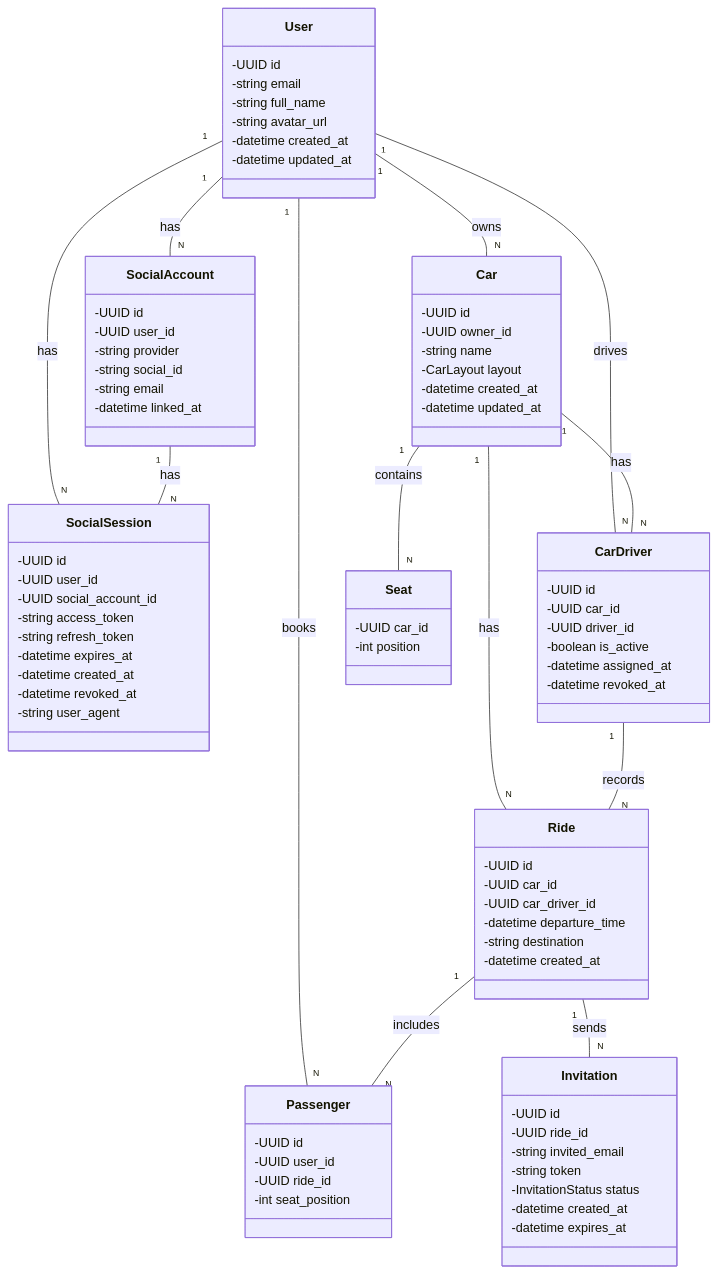
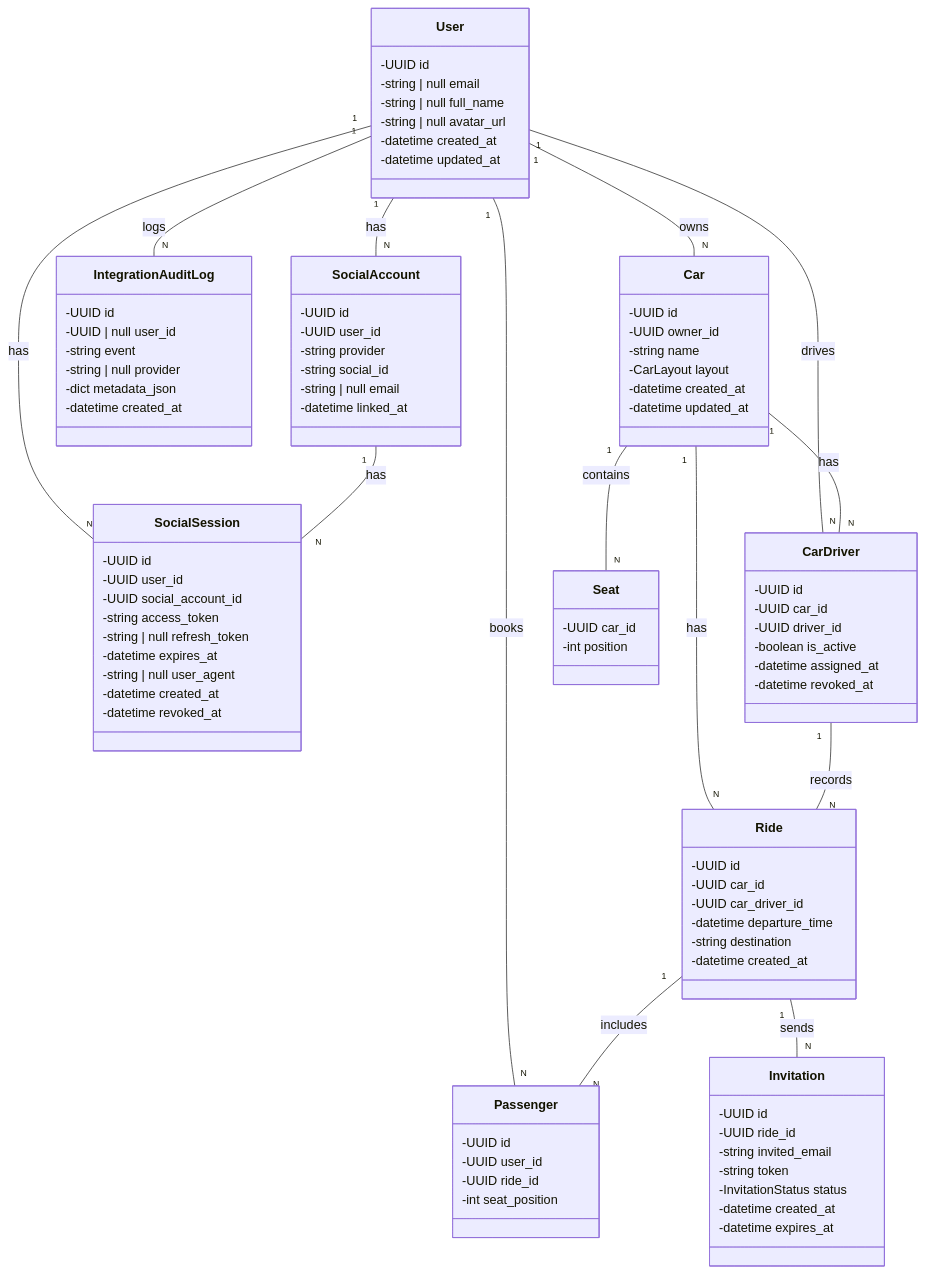
Before and after one commit to matthewjezek/Sitzy: the diagram in diagrams/05_class_diagram.md, drawn with Mermaid. The commit also changed other lines of this file and 6 other files, not shown here.

Commit message:
feat: update ER and sequence diagrams to reflect current architecture and session lifecycle with OAuth integration

```diff
--- a/diagrams/05_class_diagram.md
+++ b/diagrams/05_class_diagram.md
@@ -4,9 +4,9 @@
 classDiagram
     class User {
         -UUID id
-        -string email
-        -string full_name
-        -string avatar_url
+        -string | null email
+        -string | null full_name
+        -string | null avatar_url
         -datetime created_at
         -datetime updated_at
     }
@@ -16,7 +16,7 @@
         -UUID user_id
         -string provider
         -string social_id
-        -string email
+        -string | null email
         -datetime linked_at
     }
 
@@ -25,11 +25,20 @@
         -UUID user_id
         -UUID social_account_id
         -string access_token
-        -string refresh_token
+        -string | null refresh_token
         -datetime expires_at
+        -string | null user_agent
         -datetime created_at
         -datetime revoked_at
-        -string user_agent
+    }
+
+    class IntegrationAuditLog {
+        -UUID id
+        -UUID | null user_id
+        -string event
+        -string | null provider
+        -dict metadata_json
+        -datetime created_at
     }
 
     class Car {
@@ -84,6 +93,7 @@
     User "1" -- "N" Car : owns
     User "1" -- "N" SocialAccount : has
     User "1" -- "N" SocialSession : has
+    User "1" -- "N" IntegrationAuditLog : logs
     User "1" -- "N" CarDriver : drives
     User "1" -- "N" Passenger : books
     
```
